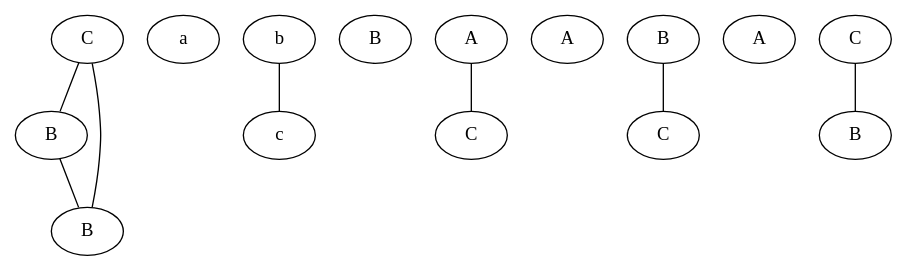
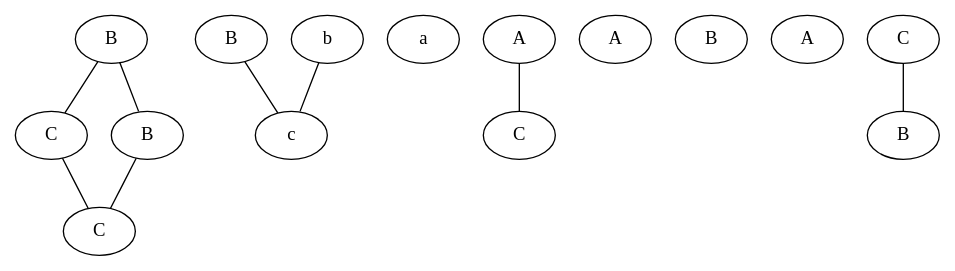
The diagram in Epoch12.gv (peep-hole/TiAG-Project), drawn with Graphviz before and after one commit. The commit also changed 10 other files, not shown here.

```diff
--- a/Epoch12.gv
+++ b/Epoch12.gv
@@ -1,24 +1,25 @@
 strict graph G {
-  6 [ label="C" ];
+  1 [ label="B" ];
+  2 [ label="C" ];
+  3 [ label="B" ];
+  4 [ label="C" ];
   7 [ label="B" ];
-  8 [ label="B" ];
   5 [ label="a" ];
-  3 [ label="b" ];
-  4 [ label="c" ];
-  9 [ label="B" ];
+  8 [ label="b" ];
+  6 [ label="c" ];
   0 [ label="A" ];
   10 [ label="C" ];
   11 [ label="A" ];
-  1 [ label="B" ];
+  9 [ label="B" ];
+  13 [ label="A" ];
   12 [ label="C" ];
-  13 [ label="A" ];
-  2 [ label="C" ];
   14 [ label="B" ];
-  6 -- 7;
-  7 -- 8;
+  1 -- 2;
+  3 -- 4;
+  1 -- 3;
+  2 -- 4;
+  7 -- 6;
   8 -- 6;
-  3 -- 4;
   0 -- 10;
-  1 -- 12;
-  2 -- 14;
+  12 -- 14;
 }
```
